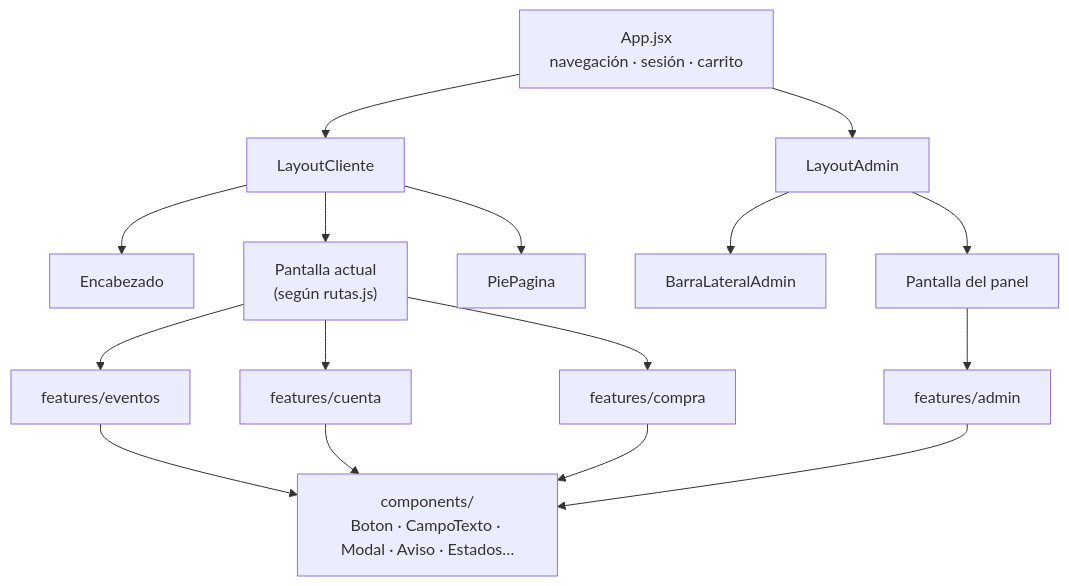
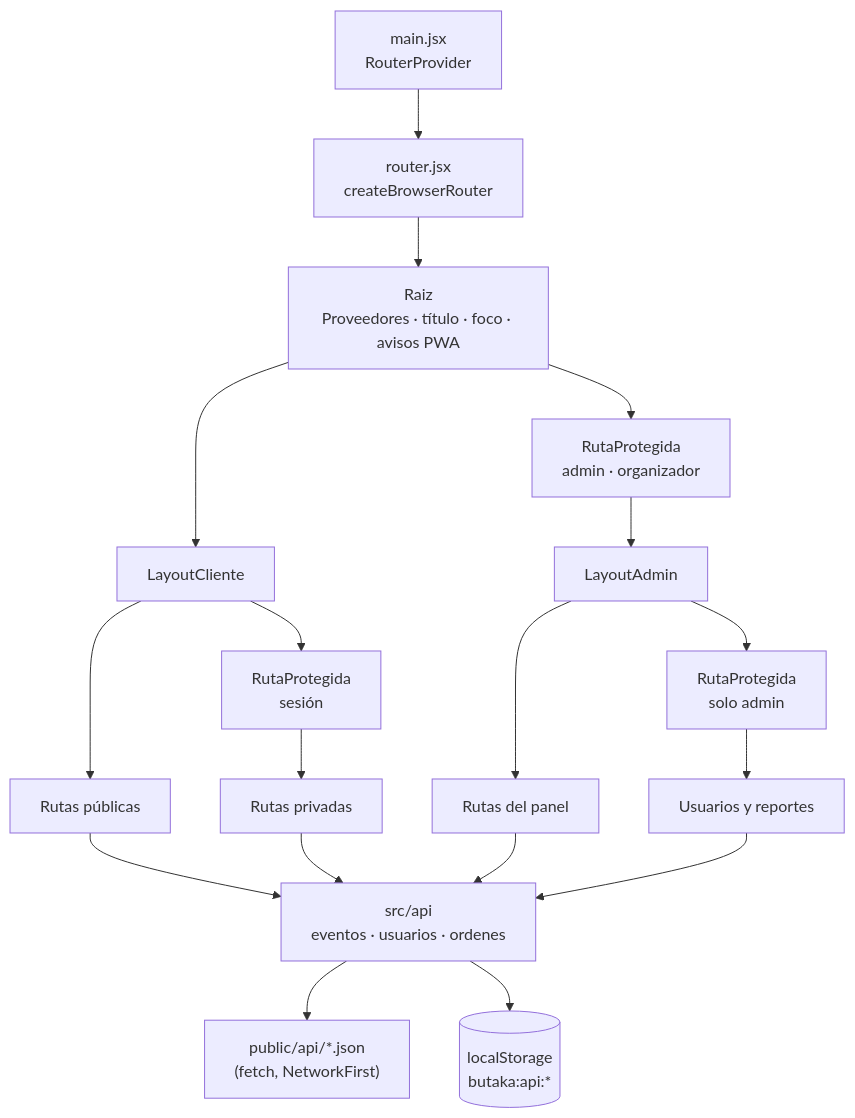
One commit to eddieescamilla/butaka-react changed the first of 2 diagrams in docs/arquitectura.md. Above: the diagram before and after it, drawn with Mermaid. The commit also changed other lines of this file, not shown here.

````diff
--- a/docs/arquitectura.md
+++ b/docs/arquitectura.md
@@ -7,16 +7,15 @@
 ```mermaid
 graph TD
-  App["App.jsx<br/>navegación · sesión · carrito"]
-  App --> LC[LayoutCliente]
-  App --> LA[LayoutAdmin]
-  LC --> ENC[Encabezado]
-  LC --> PAG["Pantalla actual<br/>(según rutas.js)"]
-  LC --> PIE[PiePagina]
-  LA --> BAR[BarraLateralAdmin]
-  LA --> PAGA["Pantalla del panel"]
-  PAG --> EV["features/eventos"]
-  PAG --> CU["features/cuenta"]
-  PAG --> CO["features/compra"]
-  PAGA --> AD["features/admin"]
-  EV & CU & CO & AD --> BASE["components/<br/>Boton · CampoTexto · Modal · Aviso · Estados…"]
+  M[main.jsx<br/>RouterProvider] --> R[router.jsx<br/>createBrowserRouter]
+  R --> RZ["Raiz<br/>Proveedores · título · foco · avisos PWA"]
+  RZ --> LC[LayoutCliente]
+  RZ --> P["RutaProtegida<br/>admin · organizador"]
+  P --> LA[LayoutAdmin]
+  LC --> PUB[Rutas públicas]
+  LC --> PRI["RutaProtegida<br/>sesión"] --> PRIV[Rutas privadas]
+  LA --> PANEL[Rutas del panel]
+  LA --> SA["RutaProtegida<br/>solo admin"] --> SOLO[Usuarios y reportes]
+  PUB & PRIV & PANEL & SOLO --> API["src/api<br/>eventos · usuarios · ordenes"]
+  API --> JSON["public/api/*.json<br/>(fetch, NetworkFirst)"]
+  API --> LS[("localStorage<br/>butaka:api:*")]
 ```
````
